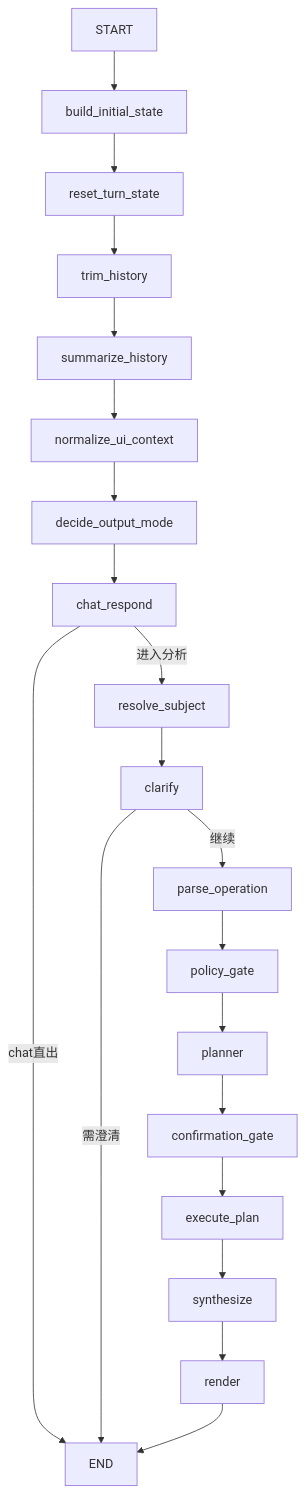
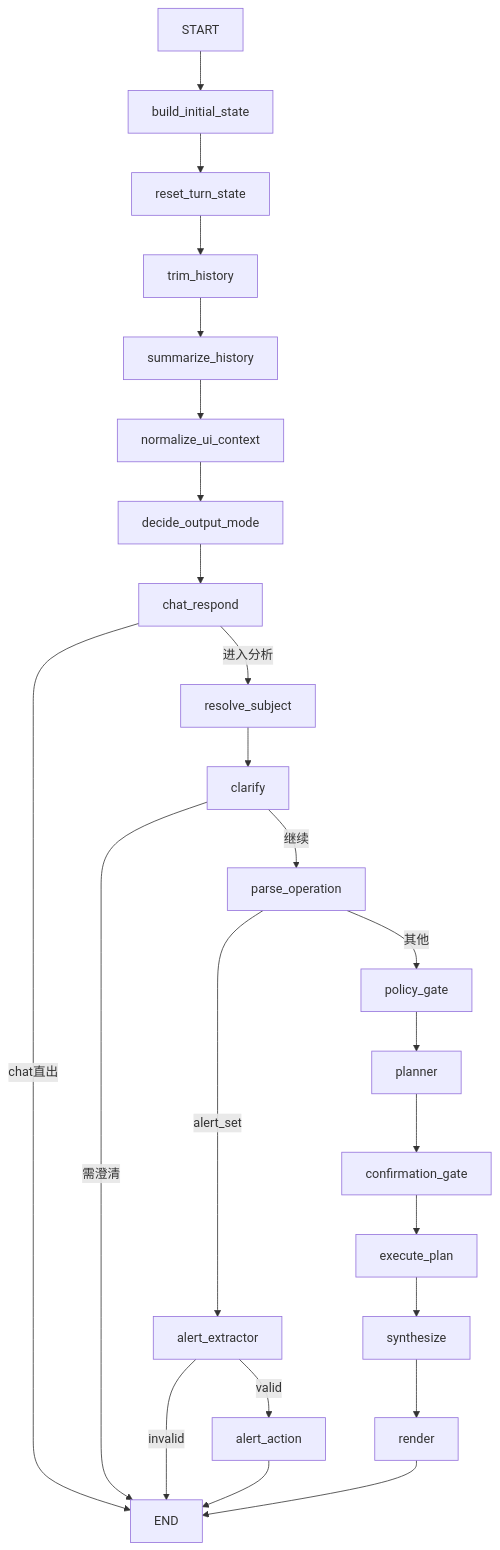
The second of 9 diagrams in docs/01_ARCHITECTURE.md (kkkano/FinSight), drawn with Mermaid before and after one commit. The commit also changed 3 other files, not shown here.

````diff
--- a/docs/01_ARCHITECTURE.md
+++ b/docs/01_ARCHITECTURE.md
@@ -50,22 +50,26 @@
 ```mermaid
 flowchart TD
   START --> build_initial_state
   build_initial_state --> reset_turn_state
   reset_turn_state --> trim_history
   trim_history --> summarize_history
   summarize_history --> normalize_ui_context
   normalize_ui_context --> decide_output_mode
   decide_output_mode --> chat_respond
   chat_respond -->|chat直出| END
   chat_respond -->|进入分析| resolve_subject
   resolve_subject --> clarify
   clarify -->|需澄清| END
   clarify -->|继续| parse_operation
-  parse_operation --> policy_gate
+  parse_operation -->|alert_set| alert_extractor
+  parse_operation -->|其他| policy_gate
+  alert_extractor -->|valid| alert_action
+  alert_extractor -->|invalid| END
+  alert_action --> END
   policy_gate --> planner
   planner --> confirmation_gate
   confirmation_gate --> execute_plan
   execute_plan --> synthesize
   synthesize --> render
   render --> END
 ```
````
